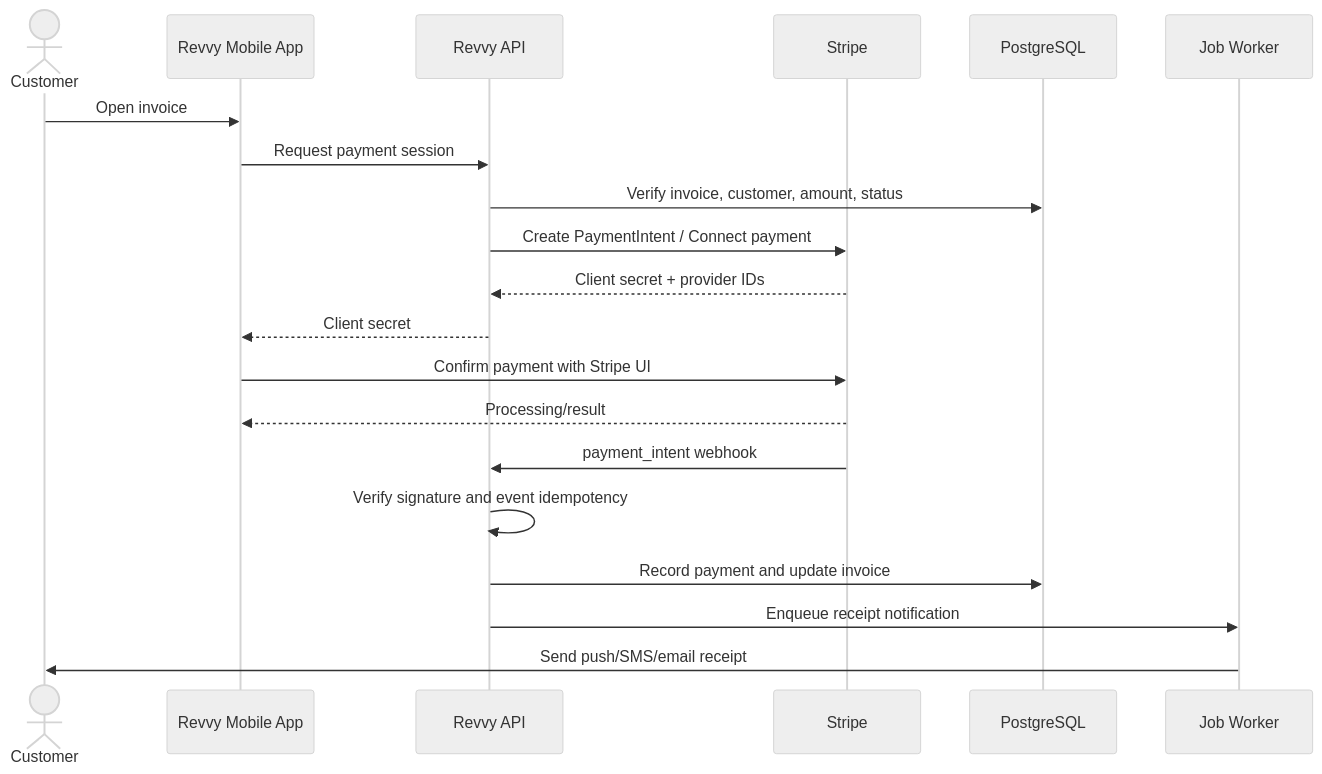
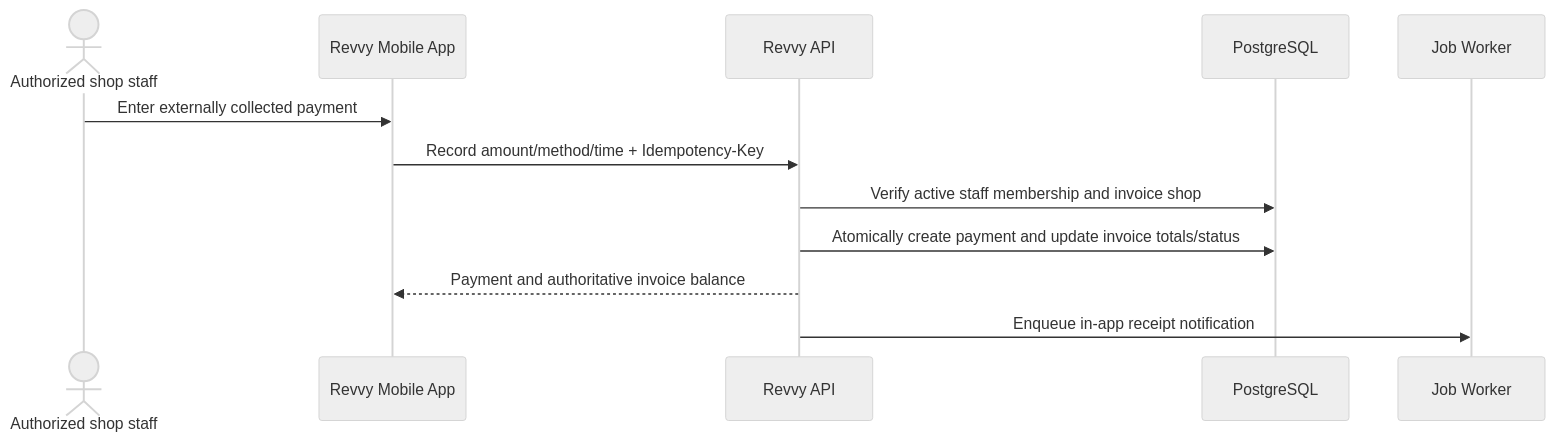
One commit to raviosovrann/revvy changed the fourth of 10 diagrams in REVVY_V1_SPEC.md. Above: the diagram before and after it, drawn with Mermaid (neutral theme). The commit also changed other lines of this file and 64 other files, not shown here.

````diff
--- a/REVVY_V1_SPEC.md
+++ b/REVVY_V1_SPEC.md
@@ -1054,23 +1048,15 @@
 ```mermaid
 sequenceDiagram
-    actor Customer
+    actor Staff as Authorized shop staff
     participant App as Revvy Mobile App
     participant API as Revvy API
-    participant Stripe as Stripe
     participant DB as PostgreSQL
     participant Worker as Job Worker
 
-    Customer->>App: Open invoice
-    App->>API: Request payment session
-    API->>DB: Verify invoice, customer, amount, status
-    API->>Stripe: Create PaymentIntent / Connect payment
-    Stripe-->>API: Client secret + provider IDs
-    API-->>App: Client secret
-    App->>Stripe: Confirm payment with Stripe UI
-    Stripe-->>App: Processing/result
-    Stripe->>API: payment_intent webhook
-    API->>API: Verify signature and event idempotency
-    API->>DB: Record payment and update invoice
-    API->>Worker: Enqueue receipt notification
-    Worker->>Customer: Send push/SMS/email receipt
+    Staff->>App: Enter externally collected payment
+    App->>API: Record amount/method/time + Idempotency-Key
+    API->>DB: Verify active staff membership and invoice shop
+    API->>DB: Atomically create payment and update invoice totals/status
+    API-->>App: Payment and authoritative invoice balance
+    API->>Worker: Enqueue in-app receipt notification
 ```
````
